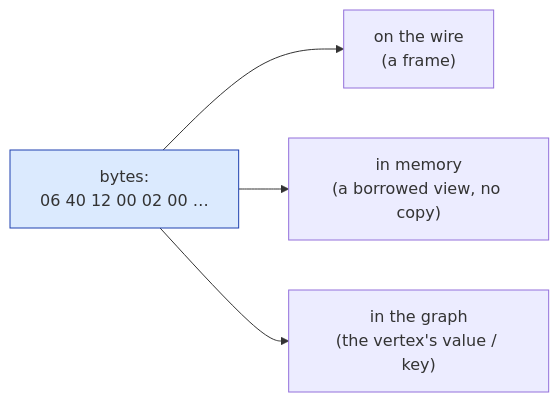
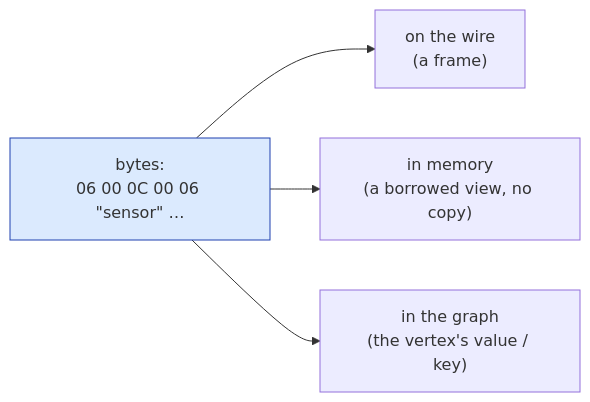
The diagram in docs/modules/wire-format-bits.md (avatarsd-llc/libtracer), drawn with Mermaid before and after one commit. The commit also changed other lines of this file and 46 other files, not shown here.

````diff
--- a/docs/modules/wire-format-bits.md
+++ b/docs/modules/wire-format-bits.md
@@ -164,8 +169,8 @@
 ```{mermaid}
 flowchart LR
-    B["bytes:<br/>06 40 12 00 02 00 …"]:::b
+    B["bytes:<br/>06 00 0C 00 06 &quot;sensor&quot; …"]:::b
     B --> W["on the wire<br/>(a frame)"]
     B --> M["in memory<br/>(a borrowed view, no copy)"]
     B --> G["in the graph<br/>(the vertex's value / key)"]
     classDef b fill:#dbeafe,stroke:#1e40af;
 ```
````
